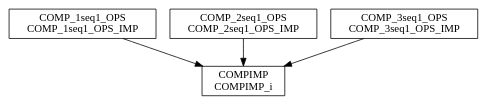
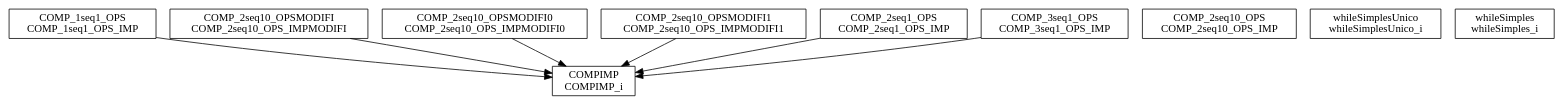
One commit to ValerioMedeiros/BTestBox changed the diagram in ExemplosB0Modificados/bdp/ExemplosB0Modificados.dot. Above: the diagram before and after it, drawn with Graphviz. The commit also changed 115 other files, not shown here.

Commit message:
adicionando o bdp, o COMP_2seq1 e modificando o nome do COMP_2seq10

```diff
--- a/ExemplosB0Modificados/bdp/ExemplosB0Modificados.dot
+++ b/ExemplosB0Modificados/bdp/ExemplosB0Modificados.dot
@@ -1,10 +1,19 @@
 digraph {
 COMPIMP_i [ label=" COMPIMP\nCOMPIMP_i " shape= box ]
 COMP_1seq1_OPS_IMP [ label=" COMP_1seq1_OPS\nCOMP_1seq1_OPS_IMP " shape= box ]
+COMP_2seq10_OPS_IMP [ label=" COMP_2seq10_OPS\nCOMP_2seq10_OPS_IMP " shape= box ]
+COMP_2seq10_OPS_IMPMODIFI [ label=" COMP_2seq10_OPSMODIFI\nCOMP_2seq10_OPS_IMPMODIFI " shape= box ]
+COMP_2seq10_OPS_IMPMODIFI0 [ label=" COMP_2seq10_OPSMODIFI0\nCOMP_2seq10_OPS_IMPMODIFI0 " shape= box ]
+COMP_2seq10_OPS_IMPMODIFI1 [ label=" COMP_2seq10_OPSMODIFI1\nCOMP_2seq10_OPS_IMPMODIFI1 " shape= box ]
 COMP_2seq1_OPS_IMP [ label=" COMP_2seq1_OPS\nCOMP_2seq1_OPS_IMP " shape= box ]
 COMP_3seq1_OPS_IMP [ label=" COMP_3seq1_OPS\nCOMP_3seq1_OPS_IMP " shape= box ]
+whileSimplesUnico_i [ label=" whileSimplesUnico\nwhileSimplesUnico_i " shape= box ]
+whileSimples_i [ label=" whileSimples\nwhileSimples_i " shape= box ]
 
 "COMP_1seq1_OPS_IMP" -> "COMPIMP_i" []
+"COMP_2seq10_OPS_IMPMODIFI" -> "COMPIMP_i" []
+"COMP_2seq10_OPS_IMPMODIFI0" -> "COMPIMP_i" []
+"COMP_2seq10_OPS_IMPMODIFI1" -> "COMPIMP_i" []
 "COMP_2seq1_OPS_IMP" -> "COMPIMP_i" []
 "COMP_3seq1_OPS_IMP" -> "COMPIMP_i" []
 }
```
